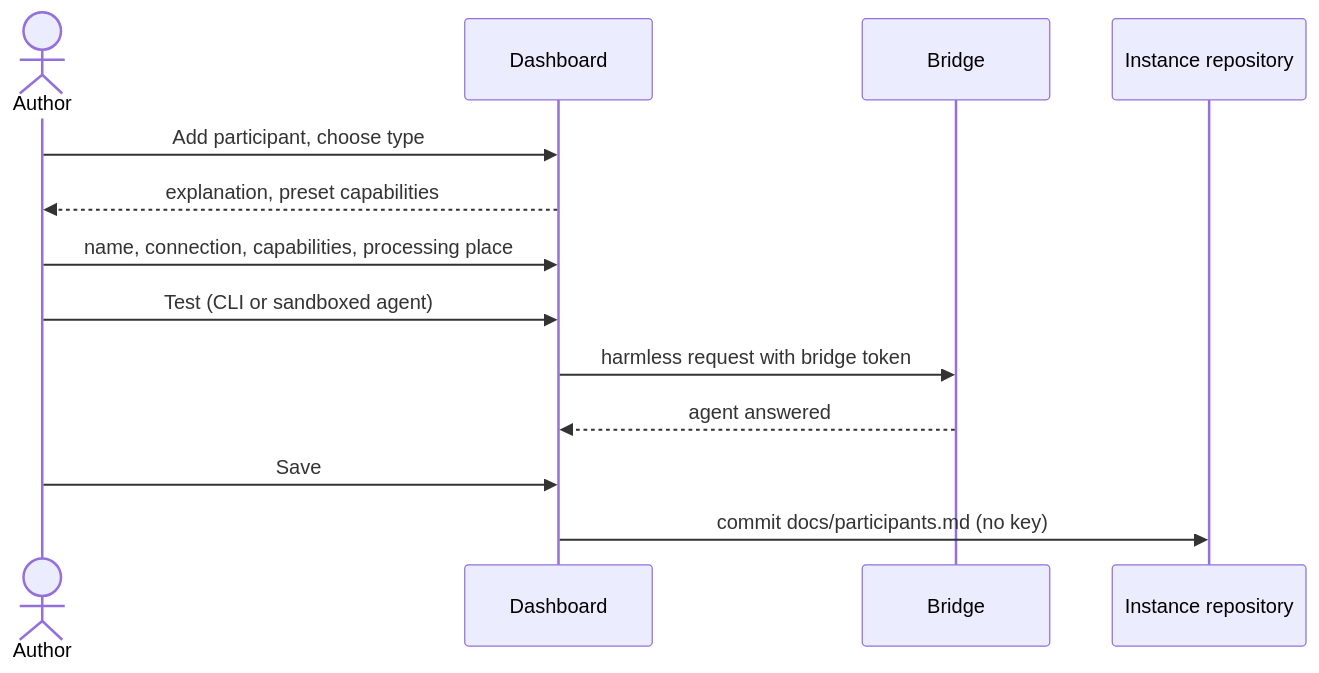
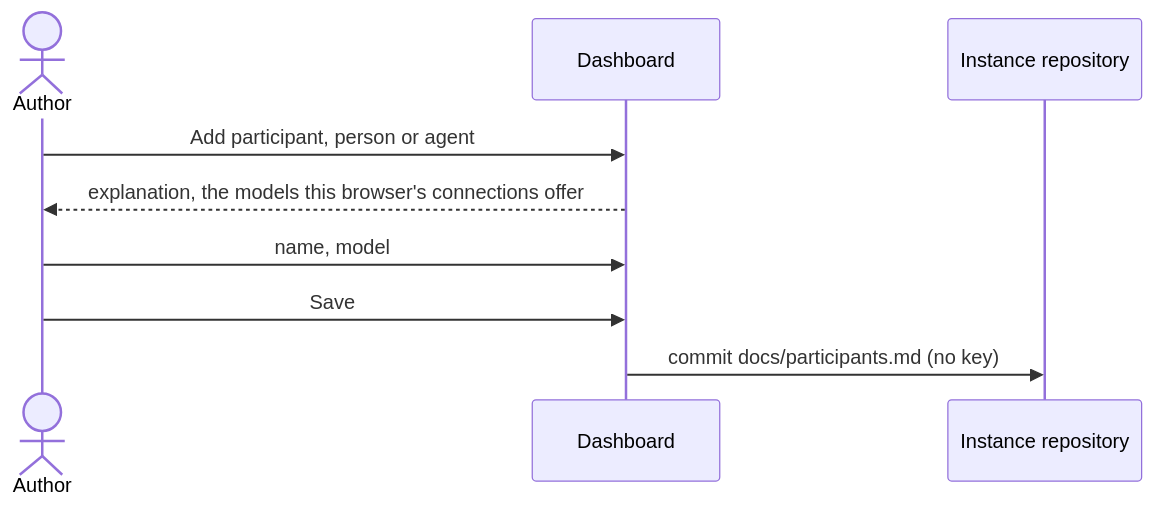
Before and after one commit to akmaier/agent-m: the diagram in docs/use-cases/UC-017-configure-participants.md, drawn with Mermaid. The commit also changed other lines of this file and 47 other files, not shown here.

````diff
--- a/docs/use-cases/UC-017-configure-participants.md
+++ b/docs/use-cases/UC-017-configure-participants.md
@@ -93,15 +54,11 @@
 ```mermaid
 sequenceDiagram
     actor A as Author
     participant D as Dashboard
-    participant B as Bridge
     participant I as Instance repository
-    A->>D: Add participant, choose type
-    D-->>A: explanation, preset capabilities
-    A->>D: name, connection, capabilities, processing place
-    A->>D: Test (CLI or sandboxed agent)
-    D->>B: harmless request with bridge token
-    B-->>D: agent answered
+    A->>D: Add participant, person or agent
+    D-->>A: explanation, the models this browser's connections offer
+    A->>D: name, model
     A->>D: Save
     D->>I: commit docs/participants.md (no key)
 ```
````
